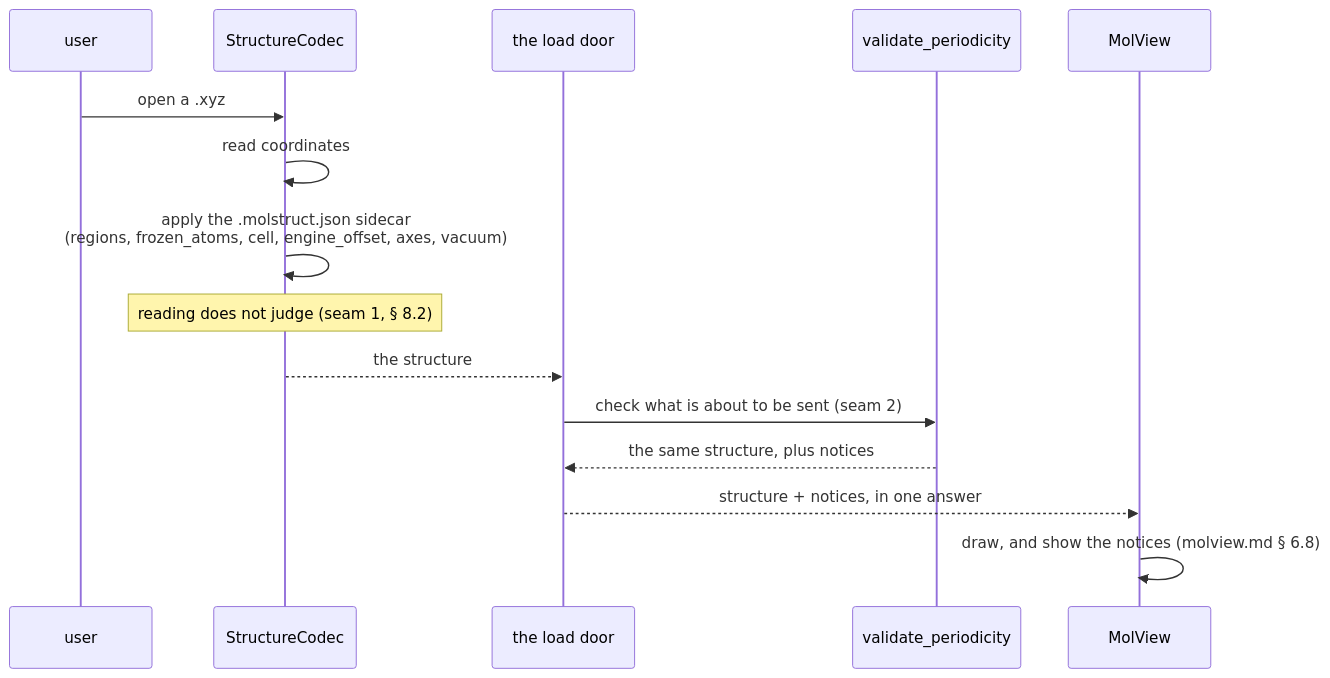
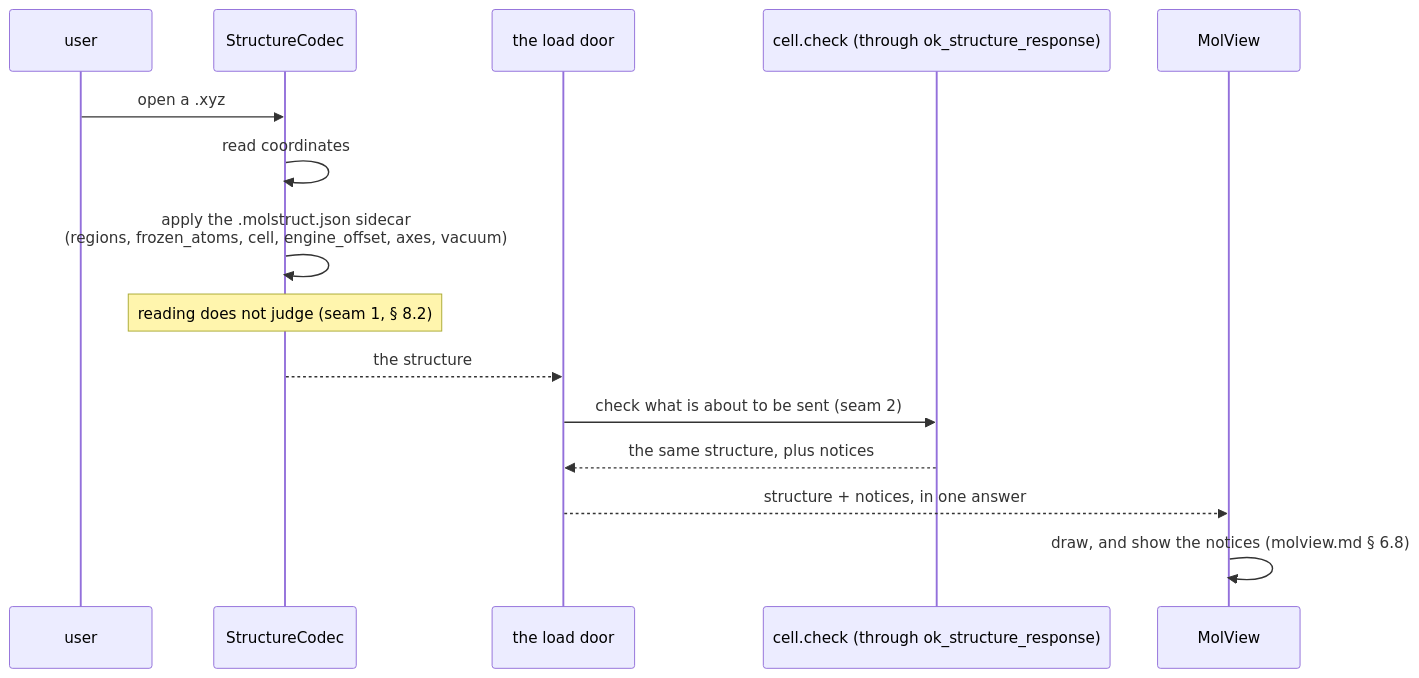
One commit to Qing-LAB/molbuilder changed the second of 3 diagrams in docs/model/structure-periodicity.md. Above: the diagram before and after it, drawn with Mermaid. The commit also changed other lines of this file and 71 other files, not shown here.

````diff
--- a/docs/model/structure-periodicity.md
+++ b/docs/model/structure-periodicity.md
@@ -1308,17 +1105,17 @@
 ```mermaid
 sequenceDiagram
     participant U as user
     participant C as StructureCodec
     participant D as the load door
-    participant G as validate_periodicity
+    participant G as cell.check (through ok_structure_response)
     participant M as MolView
     U->>C: open a .xyz
     C->>C: read coordinates
     C->>C: apply the .molstruct.json sidecar<br/>(regions, frozen_atoms, cell, engine_offset, axes, vacuum)
     Note over C: reading does not judge (seam 1, § 8.2)
     C-->>D: the structure
     D->>G: check what is about to be sent (seam 2)
     G-->>D: the same structure, plus notices
     D-->>M: structure + notices, in one answer
     M->>M: draw, and show the notices (molview.md § 6.8)
 ```
````
